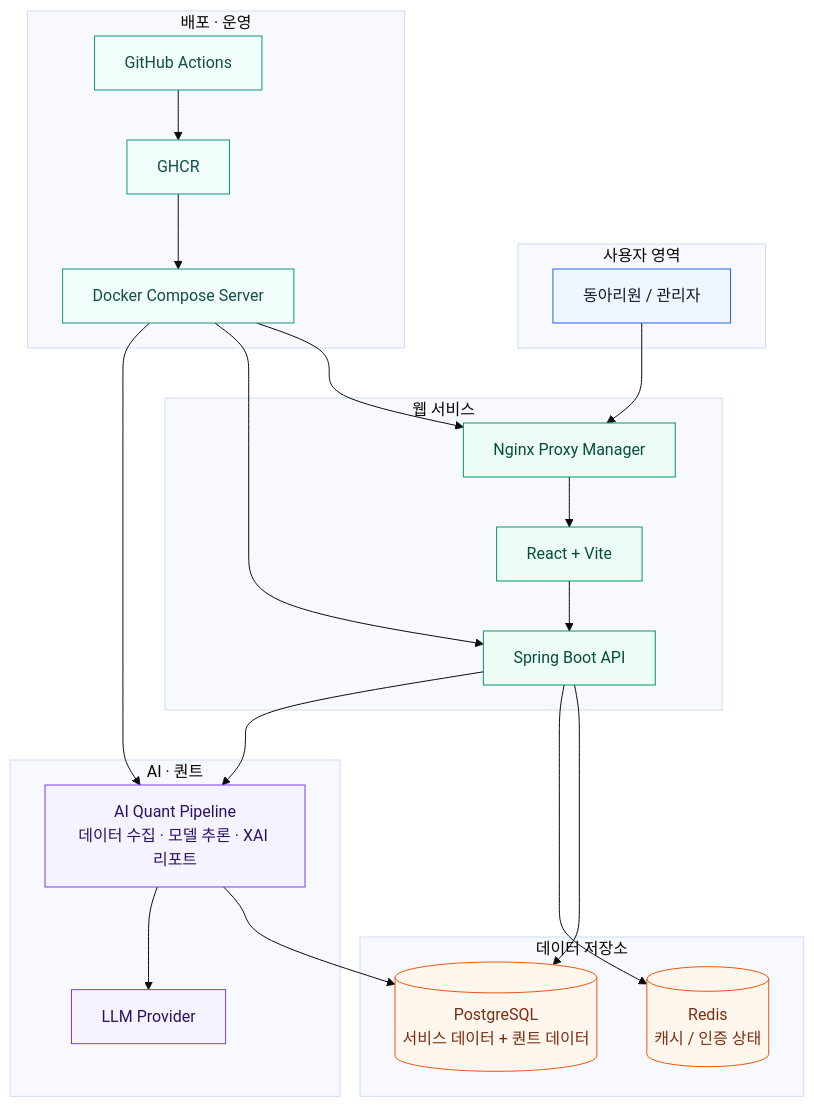
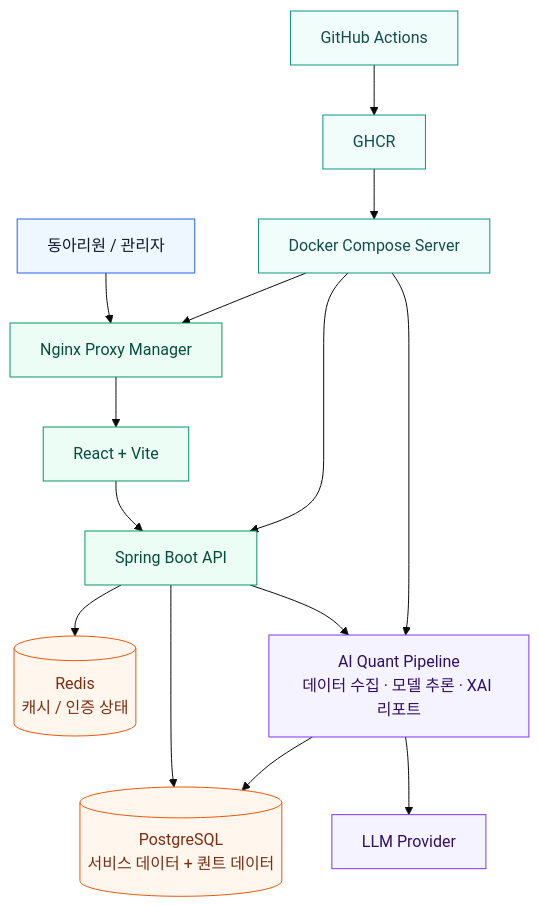
The diagram in README.md (SISC-IT/sisc-web), drawn with Mermaid (base theme) before and after one commit.

Commit message:
Update system architecture diagram in README
Refactor system architecture diagram for clarity and maintainability.

````diff
--- a/README.md
+++ b/README.md
@@ -66,57 +66,32 @@
 ```mermaid
+---
+config:
+  layout: fixed
+---
 flowchart TB
-    subgraph Users["사용자 영역"]
-        User["동아리원 / 관리자"]
-    end
+    User["동아리원 / 관리자"] --> Proxy["Nginx Proxy Manager"]
+    Proxy --> Frontend["React + Vite"]
+    Frontend --> Backend["Spring Boot API"]
+    Backend --> DB[("PostgreSQL<br>서비스 데이터 + 퀀트 데이터")] & Redis[("Redis<br>캐시 / 인증 상태")] & Pipeline["AI Quant Pipeline<br>데이터 수집 · 모델 추론 · XAI 리포트"]
+    Pipeline --> DB & LLM["LLM Provider"]
+    Actions["GitHub Actions"] --> Registry["GHCR"]
+    Registry --> Server["Docker Compose Server"]
+    Server --> Proxy & Backend & Pipeline
 
-    subgraph Service["웹 서비스"]
-        Proxy["Nginx Proxy Manager"]
-        Frontend["React + Vite"]
-        Backend["Spring Boot API"]
-    end
-
-    subgraph Data["데이터 저장소"]
-        DB[("PostgreSQL<br/>서비스 데이터 + 퀀트 데이터")]
-        Redis[("Redis<br/>캐시 / 인증 상태")]
-    end
-
-    subgraph Quant["AI · 퀀트"]
-        Pipeline["AI Quant Pipeline<br/>데이터 수집 · 모델 추론 · XAI 리포트"]
-        LLM["LLM Provider"]
-    end
-
-    subgraph Ops["배포 · 운영"]
-        Actions["GitHub Actions"]
-        Registry["GHCR"]
-        Server["Docker Compose Server"]
-    end
-
-    User --> Proxy
-    Proxy --> Frontend
-    Frontend --> Backend
-
-    Backend --> DB
-    Backend --> Redis
-    Backend --> Pipeline
-
-    Pipeline --> DB
-    Pipeline --> LLM
-
-    Actions --> Registry
-    Registry --> Server
-    Server --> Proxy
-    Server --> Backend
-    Server --> Pipeline
-
-    classDef users fill:#EEF6FF,stroke:#2563EB,color:#0F172A;
-    classDef service fill:#ECFDF5,stroke:#059669,color:#064E3B;
-    classDef data fill:#FFF7ED,stroke:#EA580C,color:#7C2D12;
-    classDef quant fill:#F5F3FF,stroke:#7C3AED,color:#2E1065;
-    classDef ops fill:#F0FDFA,stroke:#0D9488,color:#134E4A;
-
-    class User users;
-    class Proxy,Frontend,Backend service;
-    class DB,Redis data;
-    class Pipeline,LLM quant;
-    class Actions,Registry,Server ops;
+     User:::users
+     Proxy:::service
+     Frontend:::service
+     Backend:::service
+     DB:::data
+     Redis:::data
+     Pipeline:::quant
+     LLM:::quant
+     Actions:::ops
+     Registry:::ops
+     Server:::ops
+    classDef users fill:#EEF6FF,stroke:#2563EB,color:#0F172A
+    classDef service fill:#ECFDF5,stroke:#059669,color:#064E3B
+    classDef data fill:#FFF7ED,stroke:#EA580C,color:#7C2D12
+    classDef quant fill:#F5F3FF,stroke:#7C3AED,color:#2E1065
+    classDef ops fill:#F0FDFA,stroke:#0D9488,color:#134E4A
 ```
````
